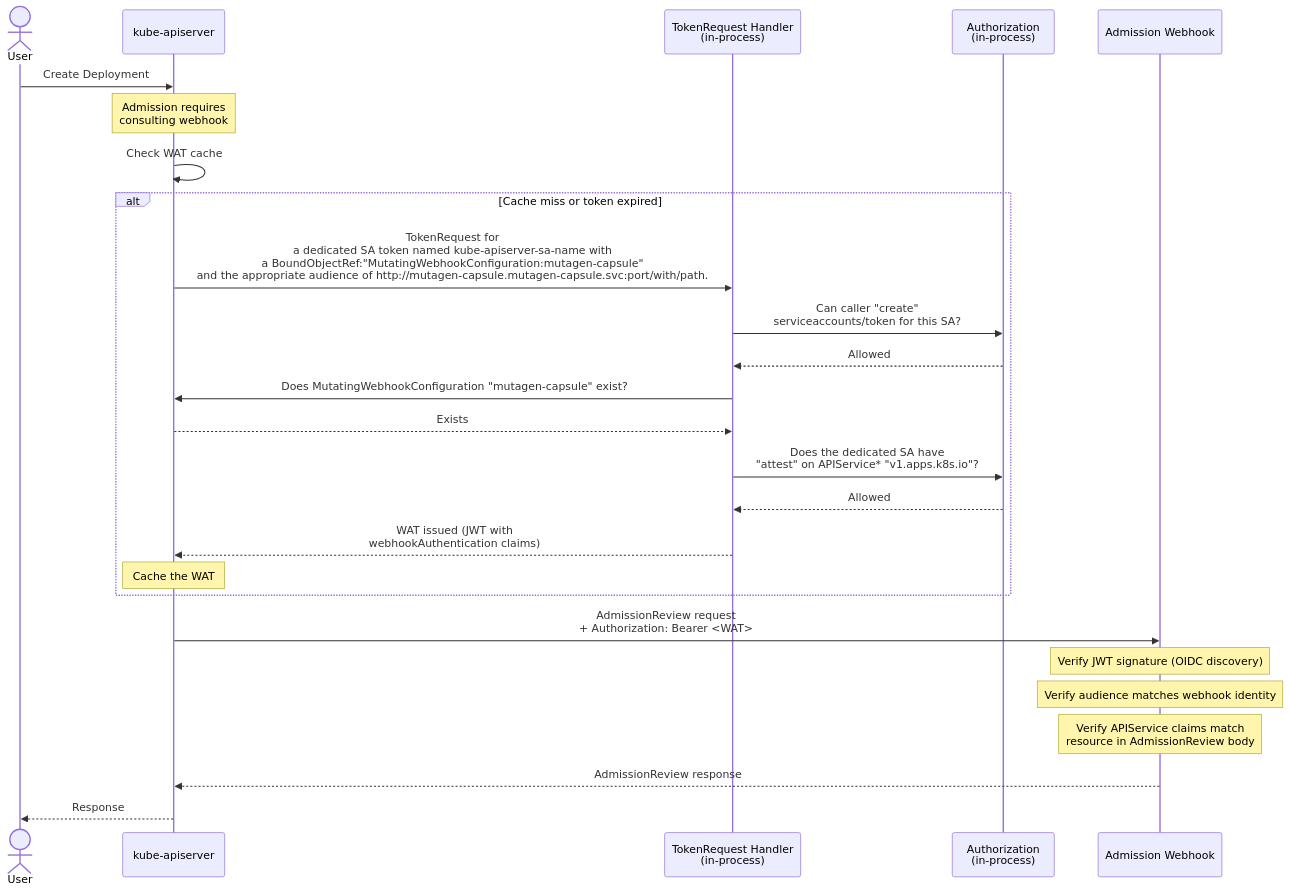
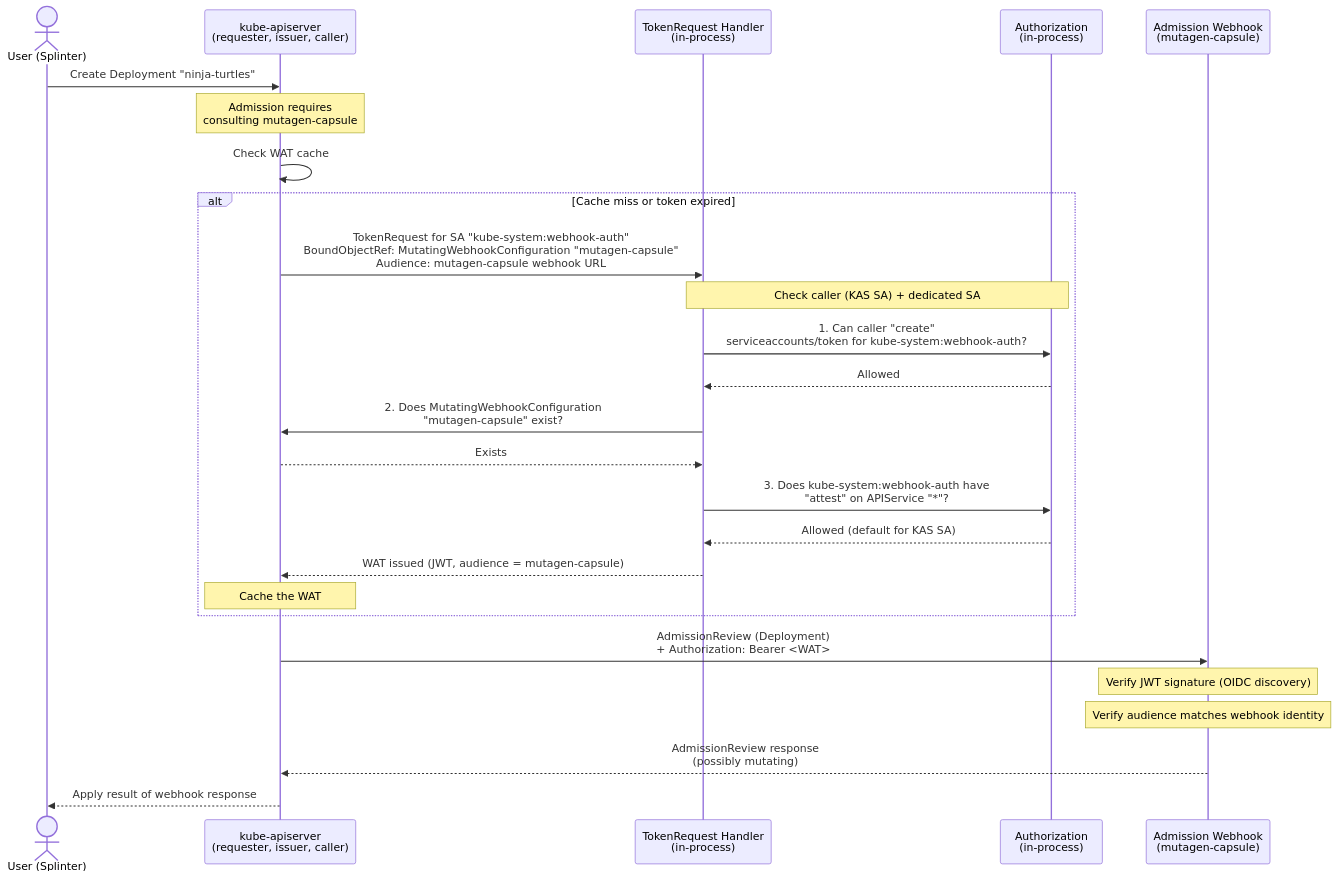
Before and after one commit to pmengelbert/enhancements: the first of 2 diagrams in keps/sig-auth/6060-api-server-authentication-to-webhooks/README.md, drawn with Mermaid. The commit also changed other lines of this file, not shown here.

Commit message:
mermaid diagram 1 and 2:revisions

````diff
--- a/keps/sig-auth/6060-api-server-authentication-to-webhooks/README.md
+++ b/keps/sig-auth/6060-api-server-authentication-to-webhooks/README.md
@@ -435,39 +441,39 @@
 ```mermaid
 sequenceDiagram
-    actor User
-    participant KAS as kube-apiserver
+    actor Splinter as User (Splinter)
+    participant KAS as kube-apiserver<br/>(requester, issuer, caller)
     participant TokenReq as TokenRequest Handler<br/>(in-process)
     participant Authz as Authorization<br/>(in-process)
-    participant Webhook as Admission Webhook
+    participant Webhook as Admission Webhook<br/>(mutagen-capsule)
 
-    User->>KAS: Create Deployment
+    Splinter->>KAS: Create Deployment "ninja-turtles"
 
-    Note over KAS: Admission requires<br/>consulting webhook
+    Note over KAS: Admission requires<br/>consulting mutagen-capsule
 
     KAS->>KAS: Check WAT cache
     alt Cache miss or token expired
-        KAS->>TokenReq: TokenRequest for<br/>a dedicated SA token named kube-apiserver-sa-name with <br/>a BoundObjectRef:"MutatingWebhookConfiguration:mutagen-capsule"<br/>and the appropriate audience of http://mutagen-capsule.mutagen-capsule.svc:port/with/path.
+        KAS->>TokenReq: TokenRequest for SA "kube-system:webhook-auth"<br/>BoundObjectRef: MutatingWebhookConfiguration "mutagen-capsule"<br/>Audience: mutagen-capsule webhook URL
 
+        Note over TokenReq,Authz: Check caller (KAS SA) + dedicated SA
 
-        TokenReq->>Authz: Can caller "create"<br/>serviceaccounts/token for this SA?
+        TokenReq->>Authz: 1. Can caller "create"<br/>serviceaccounts/token for kube-system:webhook-auth?
         Authz-->>TokenReq: Allowed
 
-        TokenReq->>KAS: Does MutatingWebhookConfiguration "mutagen-capsule" exist?
+        TokenReq->>KAS: 2. Does MutatingWebhookConfiguration<br/>"mutagen-capsule" exist?
         KAS-->>TokenReq: Exists
 
-        TokenReq->>Authz: Does the dedicated SA have<br/>"attest" on APIService* "v1.apps.k8s.io"?
-        Authz-->>TokenReq: Allowed
+        TokenReq->>Authz: 3. Does kube-system:webhook-auth have<br/>"attest" on APIService "*"?
+        Authz-->>TokenReq: Allowed (default for KAS SA)
 
-        TokenReq-->>KAS: WAT issued (JWT with<br/>webhookAuthentication claims)
+        TokenReq-->>KAS: WAT issued (JWT, audience = mutagen-capsule)
         Note over KAS: Cache the WAT
     end
 
-    KAS->>Webhook: AdmissionReview request<br/>+ Authorization: Bearer <WAT>
+    KAS->>Webhook: AdmissionReview (Deployment)<br/>+ Authorization: Bearer <WAT>
 
     Note over Webhook: Verify JWT signature (OIDC discovery)
     Note over Webhook: Verify audience matches webhook identity
-    Note over Webhook: Verify APIService claims match<br/>resource in AdmissionReview body
 
-    Webhook-->>KAS: AdmissionReview response
-    KAS-->>User: Response
+    Webhook-->>KAS: AdmissionReview response<br/>(possibly mutating)
+    KAS-->>Splinter: Apply result of webhook response
 ```
````
